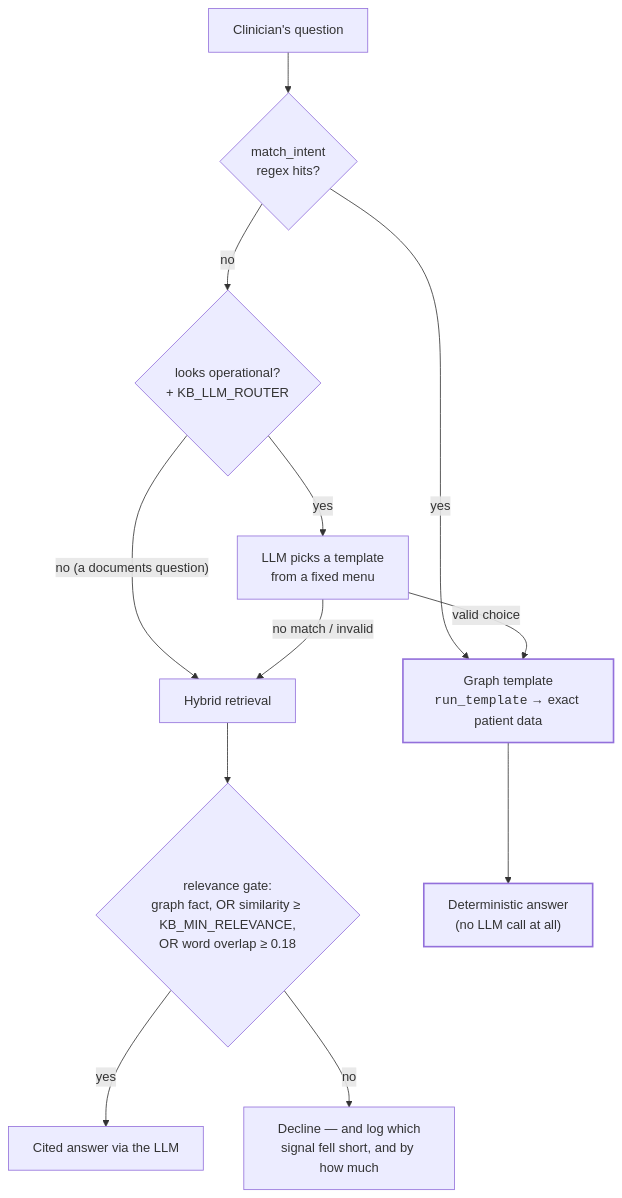
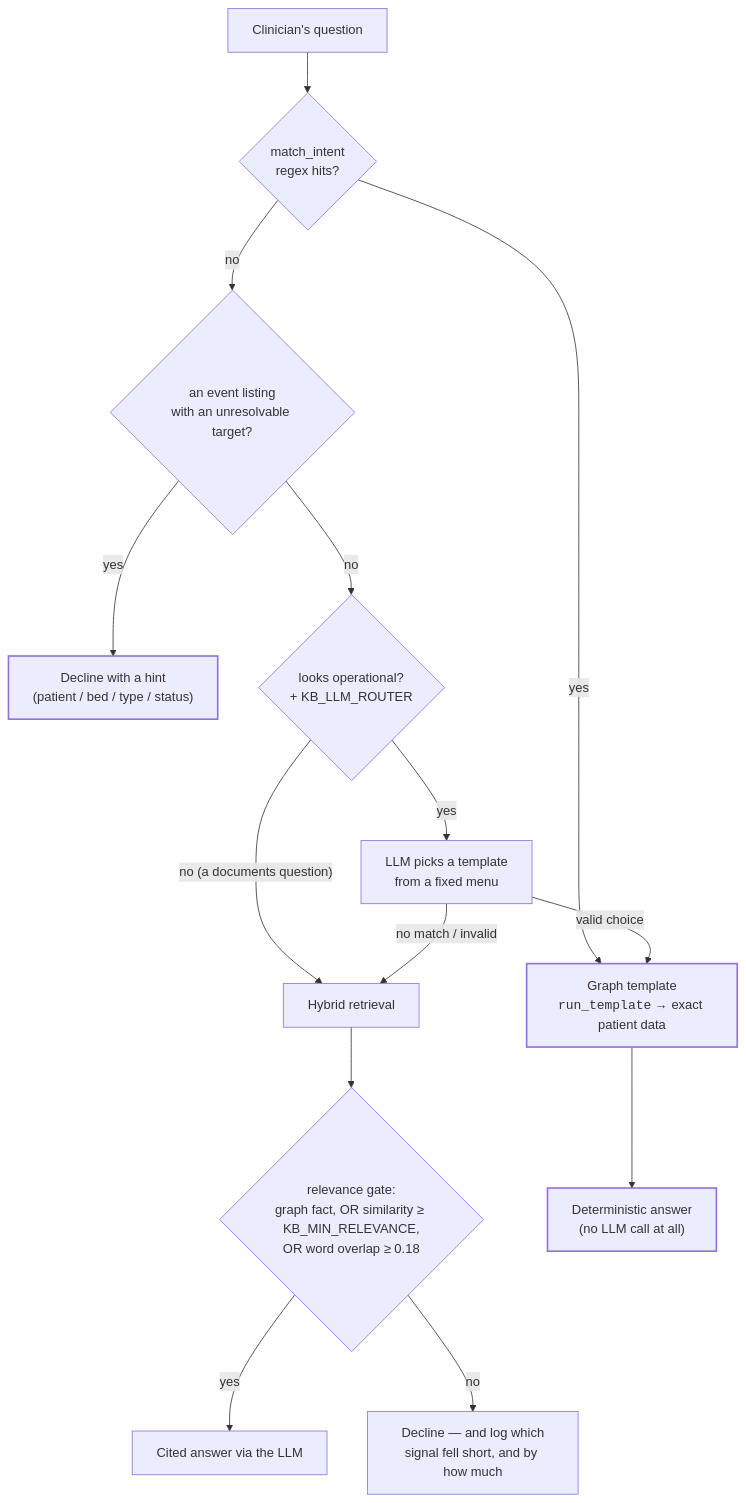
The second of 4 diagrams in ARCHITECTURE.md (crtx-sg/rmsai-relay), drawn with Mermaid before and after one commit. The commit also changed other lines of this file and 28 other files, not shown here.

````diff
--- a/ARCHITECTURE.md
+++ b/ARCHITECTURE.md
@@ -194,17 +218,19 @@
 ```mermaid
 flowchart TD
     Q["Clinician's question"] --> R{"match_intent<br/>regex hits?"}
     R -- yes --> T["Graph template<br/><code>run_template</code> → exact patient data"]
-    R -- no --> O{"looks operational?<br/>+ KB_LLM_ROUTER"}
+    R -- no --> EL{"an event listing<br/>with an unresolvable target?"}
+    EL -- yes --> DH["Decline with a hint<br/>(patient / bed / type / status)"]
+    EL -- no --> O{"looks operational?<br/>+ KB_LLM_ROUTER"}
     O -- "no (a documents question)" --> H["Hybrid retrieval"]
     O -- yes --> L["LLM picks a template<br/>from a fixed menu"]
     L -- "valid choice" --> T
     L -- "no match / invalid" --> H
     H --> G{"relevance gate:<br/>graph fact, OR similarity ≥ KB_MIN_RELEVANCE,<br/>OR word overlap ≥ 0.18"}
     G -- yes --> A["Cited answer via the LLM"]
     G -- no --> D["Decline — and log which<br/>signal fell short, and by how much"]
     T --> P["Deterministic answer<br/>(no LLM call at all)"]
 
     classDef nollm stroke-width:2px;
-    class T,P nollm;
+    class T,P,DH nollm;
 ```
````
